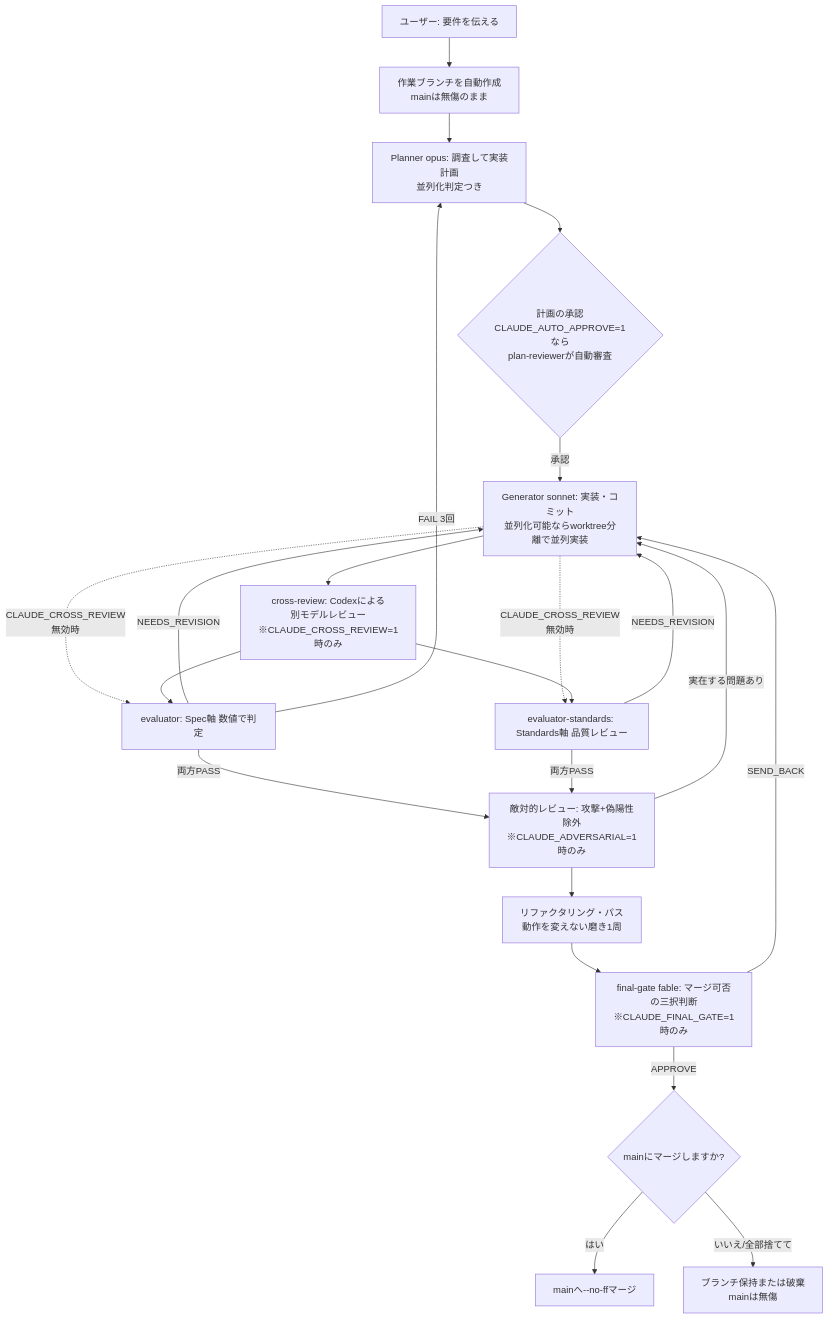
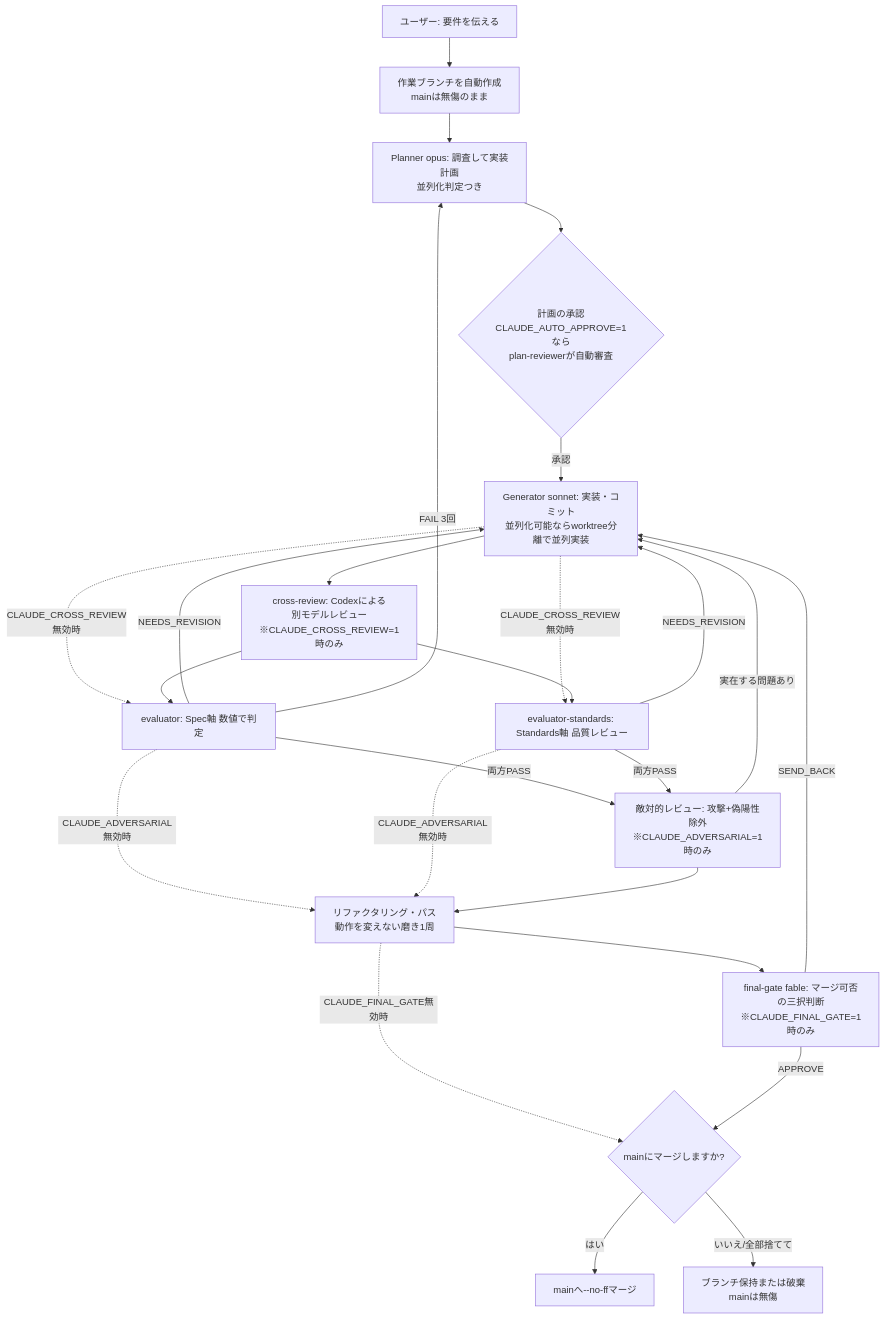
The first of 2 diagrams in README.md (takayoshitoyoda05/claude-ml-template), drawn with Mermaid before and after one commit.

Commit message:
docs: 図に新2層の無効時バイパス経路を追加(cross-reviewと同じ描法に統一)

````diff
--- a/README.md
+++ b/README.md
@@ -7,22 +7,24 @@
 ```mermaid
 flowchart TD
     A[ユーザー: 要件を伝える] --> BR[作業ブランチを自動作成<br>mainは無傷のまま]
     BR --> B[Planner opus: 調査して実装計画<br>並列化判定つき]
     B --> C{計画の承認<br>CLAUDE_AUTO_APPROVE=1なら<br>plan-reviewerが自動審査}
     C -->|承認| D[Generator sonnet: 実装・コミット<br>並列化可能ならworktree分離で並列実装]
     D --> X[cross-review: Codexによる<br>別モデルレビュー<br>※CLAUDE_CROSS_REVIEW=1時のみ]
     D -.->|CLAUDE_CROSS_REVIEW無効時| E
     D -.->|CLAUDE_CROSS_REVIEW無効時| F
     X --> E[evaluator: Spec軸 数値で判定]
     X --> F[evaluator-standards: Standards軸 品質レビュー]
     E & F -->|両方PASS| AD[敵対的レビュー: 攻撃+偽陽性除外<br>※CLAUDE_ADVERSARIAL=1時のみ]
     E & F -->|NEEDS_REVISION| D
     E -->|FAIL 3回| B
+    E & F -.->|CLAUDE_ADVERSARIAL無効時| P
     AD --> P[リファクタリング・パス<br>動作を変えない磨き1周]
     AD -->|実在する問題あり| D
     P --> FG[final-gate fable: マージ可否の三択判断<br>※CLAUDE_FINAL_GATE=1時のみ]
+    P -.->|CLAUDE_FINAL_GATE無効時| M
     FG -->|APPROVE| M{mainにマージしますか?}
     FG -->|SEND_BACK| D
     M -->|はい| G[mainへ--no-ffマージ]
     M -->|いいえ/全部捨てて| K[ブランチ保持または破棄<br>mainは無傷]
 ```
````
